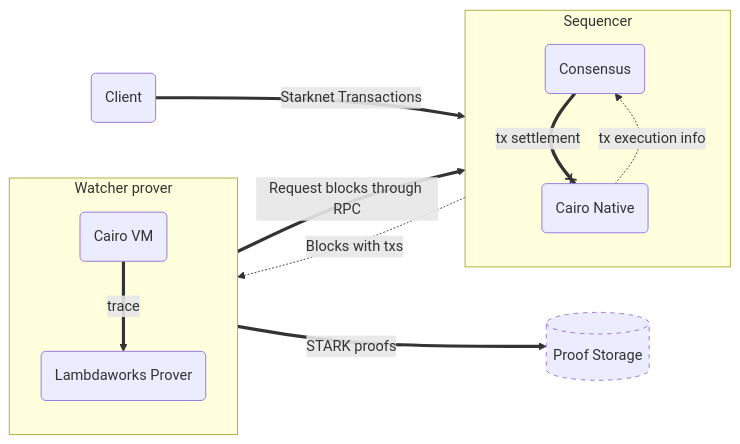
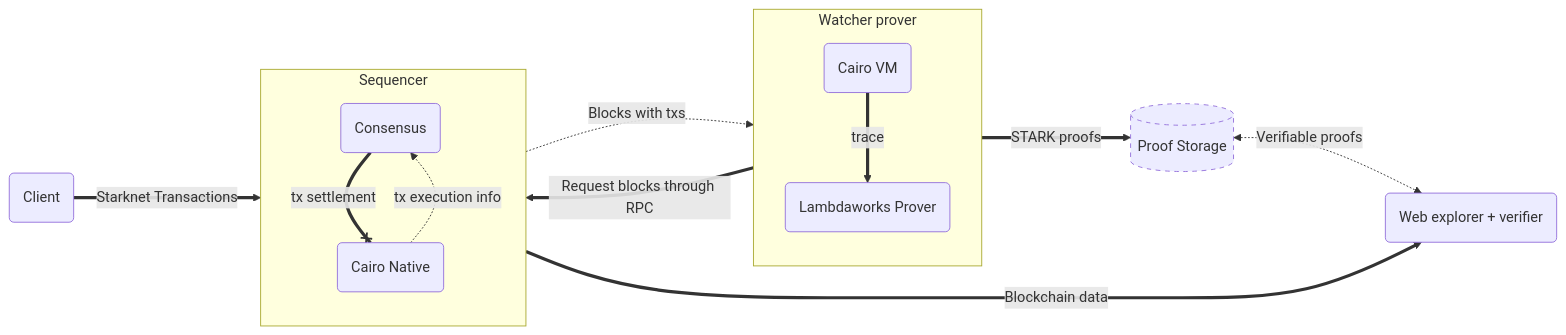
The diagram in README.md (lambdaclass/starknet_stack), drawn with Mermaid before and after one commit. The commit also changed other lines of this file, not shown here.

Commit message:
Add explorer to mermaid (#78)
* Add explorer to mermaid

* Update README.md

* Update README.md

``````diff
--- a/README.md
+++ b/README.md
@@ -7,15 +7,18 @@
 `````mermaid
 flowchart LR
-	A("Client") ==>|"Starknet Transactions"| subGraph0["Sequencer"]
-	subGraph0 -.->|"Blocks with txs"| 300319["Watcher prover"]
-	300319 ==>|"Request blocks through RPC "| subGraph0
-	300319 ==>|"STARK proofs"| 495216[("Proof Storage\n")]
-	style 495216 stroke-dasharray: 5
-	subgraph 300319["Watcher prover"]
-		320311("Cairo VM") ==>|"trace"| 993791("Lambdaworks Prover")
+	A("Client") ==>|"Starknet Transactions"| Sequencer
+	Sequencer -.->|"Blocks with txs"| watcher-prover["Watcher prover"]
+	watcher-prover ==>|"Request blocks through RPC "| Sequencer
+	watcher-prover ==>|"STARK proofs"| Db[("Proof Storage")]
+	style Db stroke-dasharray: 5
+	subgraph watcher-prover["Watcher prover"]
+		cairo-vm("Cairo VM") ==>|"trace"| prover("Lambdaworks Prover")
 	end
-	subgraph subGraph0["Sequencer"]
+	subgraph Sequencer
 		C("Consensus") ==x|"tx settlement"| B("Cairo Native")
 		B -.->|"tx execution info"| C
 	end
+    Sequencer ===>|"Blockchain data"| Explorer("Web explorer + verifier")
+    Db <-.-> |"Verifiable proofs"| Explorer
+    
 `````
``````
